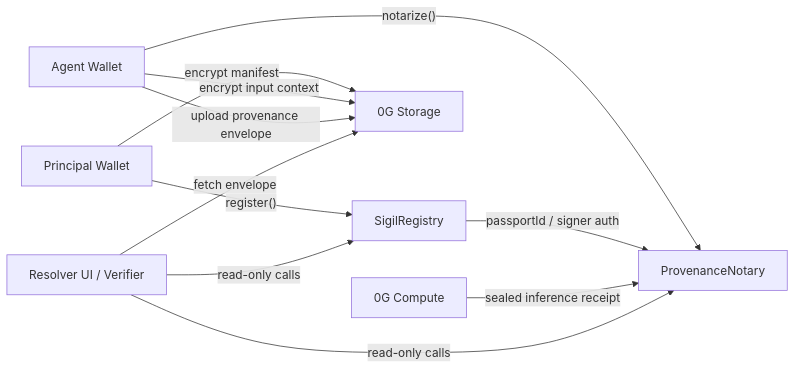
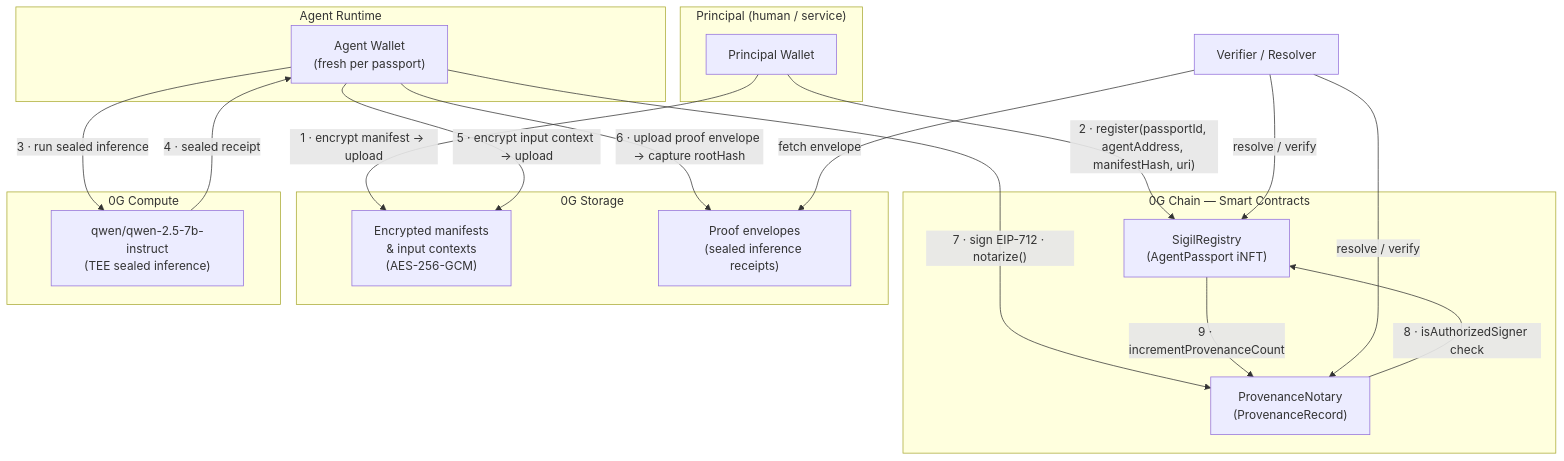
The diagram in README.md (Michael-Nwachukwu/Sigil), drawn with Mermaid before and after one commit. The commit also changed other lines of this file and 9 other files, not shown here.

````diff
--- a/README.md
+++ b/README.md
@@ -65,13 +35,38 @@
 ```mermaid
-flowchart LR
-    P["Principal Wallet"] -->|"register()"| R["SigilRegistry"]
-    A["Agent Wallet"] -->|"notarize()"| N["ProvenanceNotary"]
-    R -->|"passportId / signer auth"| N
-    P -->|"encrypt manifest"| S["0G Storage"]
-    A -->|"encrypt input context"| S
-    A -->|"upload provenance envelope"| S
-    C["0G Compute"] -->|"sealed inference receipt"| N
-    U["Resolver UI / Verifier"] -->|"read-only calls"| R
-    U -->|"read-only calls"| N
-    U -->|"fetch envelope"| S
+flowchart TD
+    subgraph Principal["Principal (human / service)"]
+        PW["Principal Wallet"]
+    end
+
+    subgraph Agent["Agent Runtime"]
+        AW["Agent Wallet\n(fresh per passport)"]
+    end
+
+    subgraph OnChain["0G Chain — Smart Contracts"]
+        SR["SigilRegistry\n(AgentPassport iNFT)"]
+        PN["ProvenanceNotary\n(ProvenanceRecord)"]
+    end
+
+    subgraph OffChain["0G Storage"]
+        KV["Encrypted manifests\n& input contexts\n(AES-256-GCM)"]
+        LOG["Proof envelopes\n(sealed inference receipts)"]
+    end
+
+    subgraph Compute["0G Compute"]
+        LLM["qwen/qwen-2.5-7b-instruct\n(TEE sealed inference)"]
+    end
+
+    PW -->|"1 · encrypt manifest → upload"| KV
+    PW -->|"2 · register(passportId, agentAddress, manifestHash, uri)"| SR
+    AW -->|"3 · run sealed inference"| LLM
+    LLM -->|"4 · sealed receipt"| AW
+    AW -->|"5 · encrypt input context → upload"| KV
+    AW -->|"6 · upload proof envelope → capture rootHash"| LOG
+    AW -->|"7 · sign EIP-712 · notarize()"| PN
+    PN -->|"8 · isAuthorizedSigner check"| SR
+    SR -->|"9 · incrementProvenanceCount"| PN
+
+    Verifier["Verifier / Resolver"] -->|"resolve / verify"| SR
+    Verifier -->|"resolve / verify"| PN
+    Verifier -->|"fetch envelope"| LOG
 ```
````
